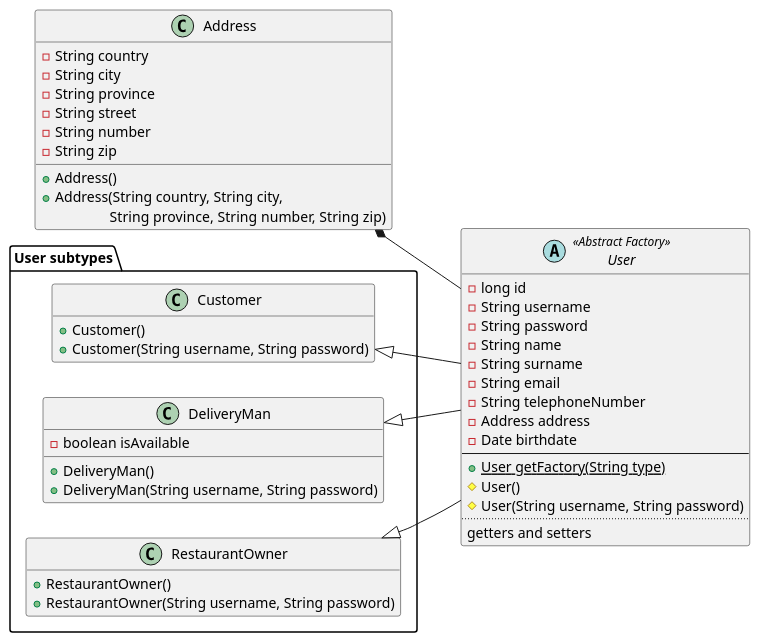
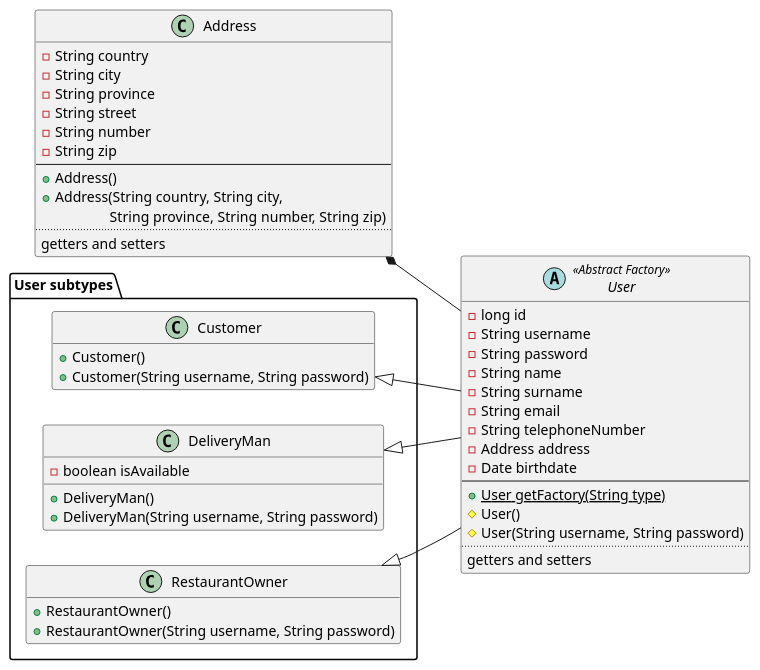
The diagram in src/main/java/unipa/fooddelivery/diagrams/class/user.wsd (TommasoScalici/FoodDelivery), drawn with PlantUML before and after one commit. The commit also changed 10 other files, not shown here.

```diff
--- a/src/main/java/unipa/fooddelivery/diagrams/class/user.wsd
+++ b/src/main/java/unipa/fooddelivery/diagrams/class/user.wsd
@@ -1,61 +1,64 @@
 @startuml user
 left to right direction
 abstract class User <<Abstract Factory>> {
   -long id
   -String username
   -String password
   -String name
   -String surname
   -String email
   -String telephoneNumber
   -Address address
   -Date birthdate
   --
   +User {static} getFactory(String type)
   #User()
   #User(String username, String password)
   ..
   getters and setters
 }
 
 class Address {
     -String country
     -String city
     -String province
     -String street
     -String number
     -String zip
+    --
     +Address()
     +Address(String country, String city,
 \t       String province, String number, String zip)
+   ..
+   getters and setters
 }
 
 package "User subtypes" {
 
 class Customer {
     +Customer()
     +Customer(String username, String password)
 }
 
 class DeliveryMan {
     -boolean isAvailable
     +DeliveryMan()
     +DeliveryMan(String username, String password)
 }
 
 class RestaurantOwner {
     +RestaurantOwner()
     +RestaurantOwner(String username, String password)
 }
 
 }
 
 hide Customer fields
 hide RestaurantOwner fields
 
 Address *-- User
 Customer <|-- User
 DeliveryMan <|-- User
 RestaurantOwner <|-- User
 
 @enduml
```
